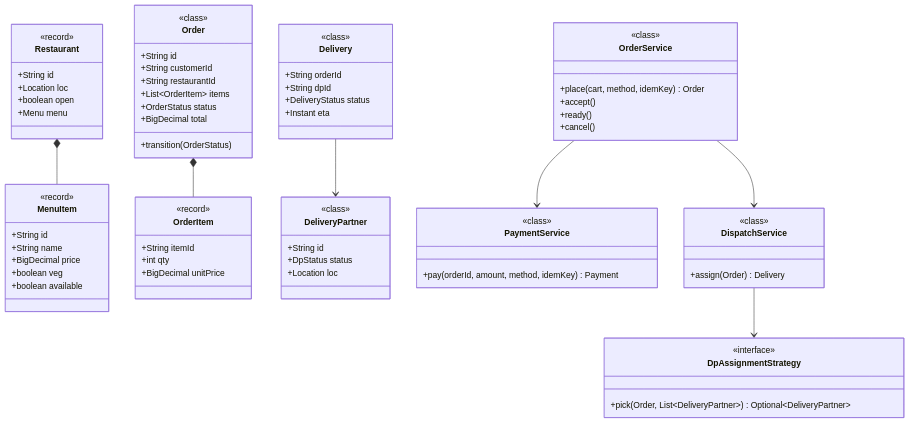
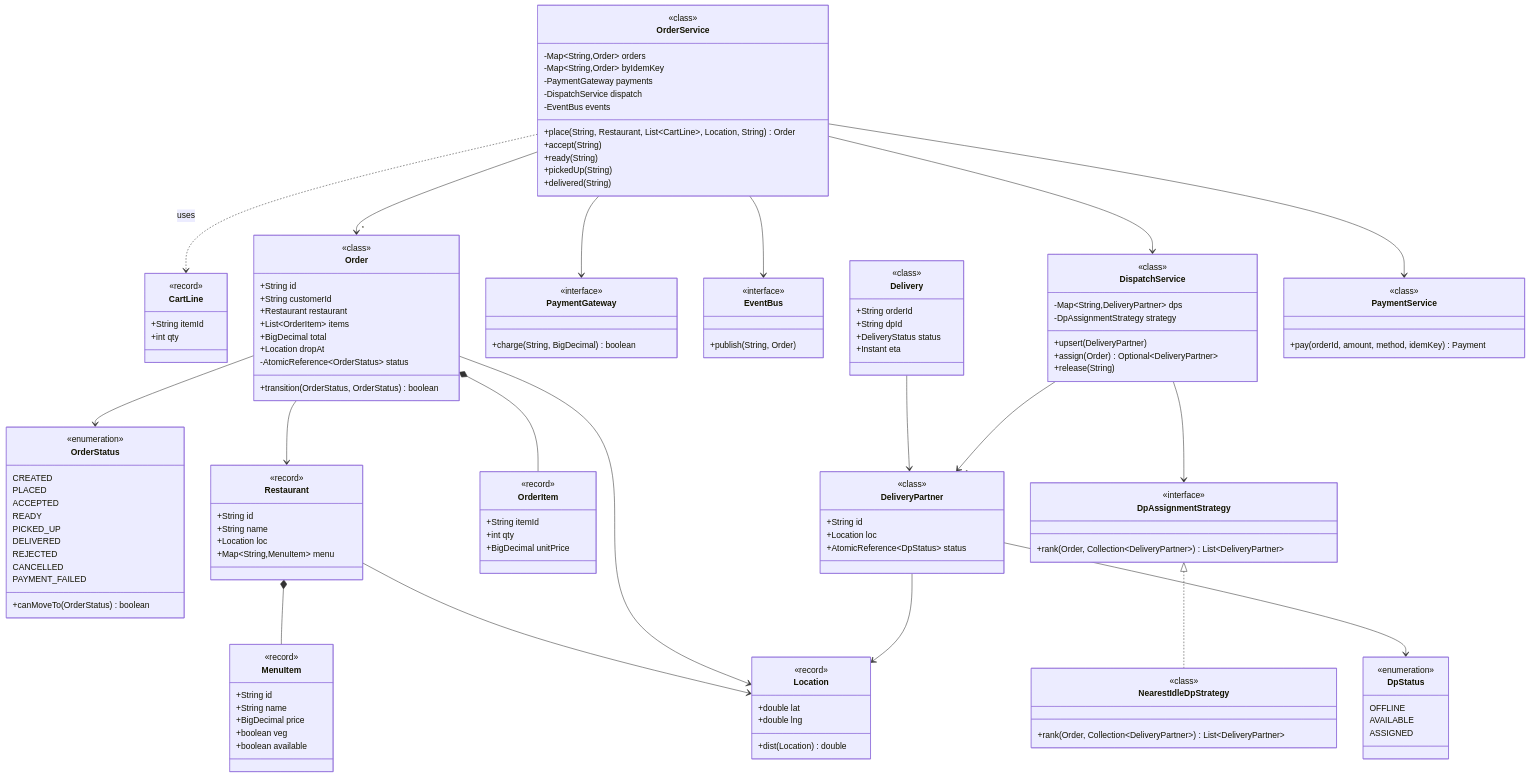
One commit to amarkum/amarkumar.guru changed the first of 2 diagrams in system-design/lld/21-food-delivery.md. Above: the diagram before and after it, drawn with Mermaid. The commit also changed 27 other files, not shown here.

Commit message:
Rebuild every UML class diagram from its Java code, add a notes progress tracker, and make diagrams readable with zoom and a legend.

````diff
--- a/system-design/lld/21-food-delivery.md
+++ b/system-design/lld/21-food-delivery.md
@@ -42,58 +42,120 @@
 ```mermaid
 classDiagram
-    class Restaurant {
-      +String id
-      +Location loc
-      +boolean open
-      +Menu menu
+    class OrderStatus {
+      <<enumeration>>
+      CREATED
+      PLACED
+      ACCEPTED
+      READY
+      PICKED_UP
+      DELIVERED
+      REJECTED
+      CANCELLED
+      PAYMENT_FAILED
+      +canMoveTo(OrderStatus) boolean
+    }
+    class DpStatus {
+      <<enumeration>>
+      OFFLINE
+      AVAILABLE
+      ASSIGNED
+    }
+    class Location {
+      <<record>>
+      +double lat
+      +double lng
+      +dist(Location) double
     }
     class MenuItem {
+      <<record>>
       +String id
       +String name
       +BigDecimal price
       +boolean veg
       +boolean available
     }
-    class Order {
+    class Restaurant {
+      <<record>>
       +String id
-      +String customerId
-      +String restaurantId
-      +List~OrderItem~ items
-      +OrderStatus status
-      +BigDecimal total
-      +transition(OrderStatus)
+      +String name
+      +Location loc
+      +Map~String,MenuItem~ menu
+    }
+    class CartLine {
+      <<record>>
+      +String itemId
+      +int qty
     }
     class OrderItem {
+      <<record>>
       +String itemId
       +int qty
       +BigDecimal unitPrice
     }
+    class Order {
+      <<class>>
+      +String id
+      +String customerId
+      +Restaurant restaurant
+      +List~OrderItem~ items
+      +BigDecimal total
+      +Location dropAt
+      -AtomicReference~OrderStatus~ status
+      +transition(OrderStatus, OrderStatus) boolean
+    }
     class DeliveryPartner {
+      <<class>>
       +String id
-      +DpStatus status
       +Location loc
+      +AtomicReference~DpStatus~ status
+    }
+    class PaymentGateway {
+      <<interface>>
+      +charge(String, BigDecimal) boolean
+    }
+    class EventBus {
+      <<interface>>
+      +publish(String, Order)
+    }
+    class DpAssignmentStrategy {
+      <<interface>>
+      +rank(Order, Collection~DeliveryPartner~) List~DeliveryPartner~
+    }
+    class NearestIdleDpStrategy {
+      <<class>>
+      +rank(Order, Collection~DeliveryPartner~) List~DeliveryPartner~
+    }
+    class DispatchService {
+      <<class>>
+      -Map~String,DeliveryPartner~ dps
+      -DpAssignmentStrategy strategy
+      +upsert(DeliveryPartner)
+      +assign(Order) Optional~DeliveryPartner~
+      +release(String)
+    }
+    class OrderService {
+      <<class>>
+      -Map~String,Order~ orders
+      -Map~String,Order~ byIdemKey
+      -PaymentGateway payments
+      -DispatchService dispatch
+      -EventBus events
+      +place(String, Restaurant, List~CartLine~, Location, String) Order
+      +accept(String)
+      +ready(String)
+      +pickedUp(String)
+      +delivered(String)
     }
     class Delivery {
+      <<class>>
       +String orderId
       +String dpId
       +DeliveryStatus status
       +Instant eta
     }
-    class DpAssignmentStrategy {
-      <<interface>>
-      +pick(Order, List~DeliveryPartner~) Optional~DeliveryPartner~
-    }
     class PaymentService {
+      <<class>>
       +pay(orderId, amount, method, idemKey) Payment
-    }
-    class OrderService {
-      +place(cart, method, idemKey) Order
-      +accept()
-      +ready()
-      +cancel()
-    }
-    class DispatchService {
-      +assign(Order) Delivery
     }
     Restaurant *-- MenuItem
     Order *-- OrderItem
@@ -101,34 +163,16 @@
     OrderService --> DispatchService
     DispatchService --> DpAssignmentStrategy
     Delivery --> DeliveryPartner
-    class OrderService {
-      <<class>>
-    }
-    class PaymentService {
-      <<class>>
-    }
-    class Order {
-      <<class>>
-    }
-    class OrderItem {
-      <<record>>
-    }
-    class Restaurant {
-      <<record>>
-    }
-    class MenuItem {
-      <<record>>
-    }
-    class DispatchService {
-      <<class>>
-    }
-    class DpAssignmentStrategy {
-      <<interface>>
-    }
-    class Delivery {
-      <<class>>
-    }
-    class DeliveryPartner {
-      <<class>>
-    }
+    DpAssignmentStrategy <|.. NearestIdleDpStrategy
+    Restaurant --> Location
+    Order --> Restaurant
+    Order --> Location
+    Order --> OrderStatus
+    DeliveryPartner --> Location
+    DeliveryPartner --> DpStatus
+    DispatchService --> "*" DeliveryPartner
+    OrderService --> "*" Order
+    OrderService --> PaymentGateway
+    OrderService --> EventBus
+    OrderService ..> CartLine : uses
 ```
````
